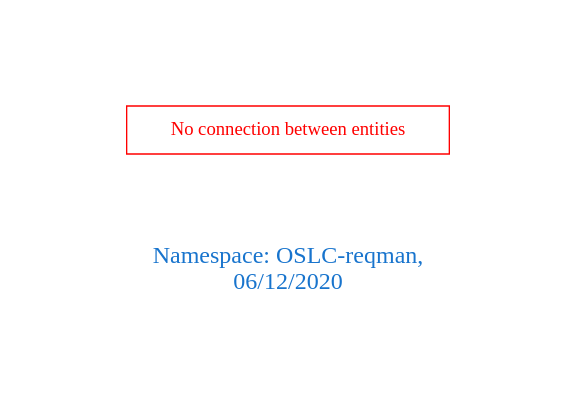
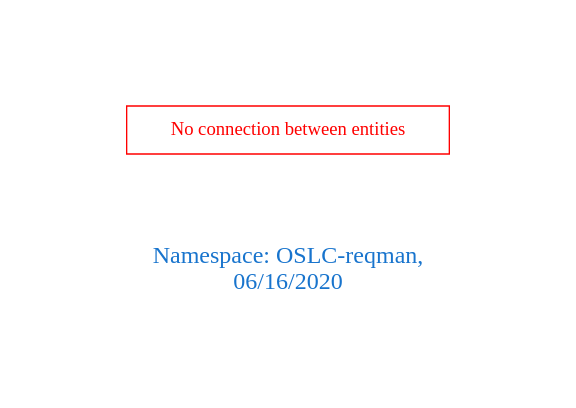
One commit to arago/OGIT changed the diagram in downloads/OSLC-reqman.dot. Above: the diagram before and after it, drawn with Graphviz. The commit also changed 1750 other files, not shown here.

```diff
--- a/downloads/OSLC-reqman.dot
+++ b/downloads/OSLC-reqman.dot
@@ -1,9 +1,9 @@
 digraph OGIT_ontology {
  graph [ rankdir= LR,pad=1 
 fontsize = 18,
-fontcolor= dodgerblue3,label = "\n\n\nNamespace: OSLC-reqman, \n 06/12/2020"];
+fontcolor= dodgerblue3,label = "\n\n\nNamespace: OSLC-reqman, \n 06/16/2020"];
 node[shape=polygon];
 edge [  color="gray81"];
 
 "No connection between entities" [fontcolor = "red",color="red", shape="polygon"]
 }
```
